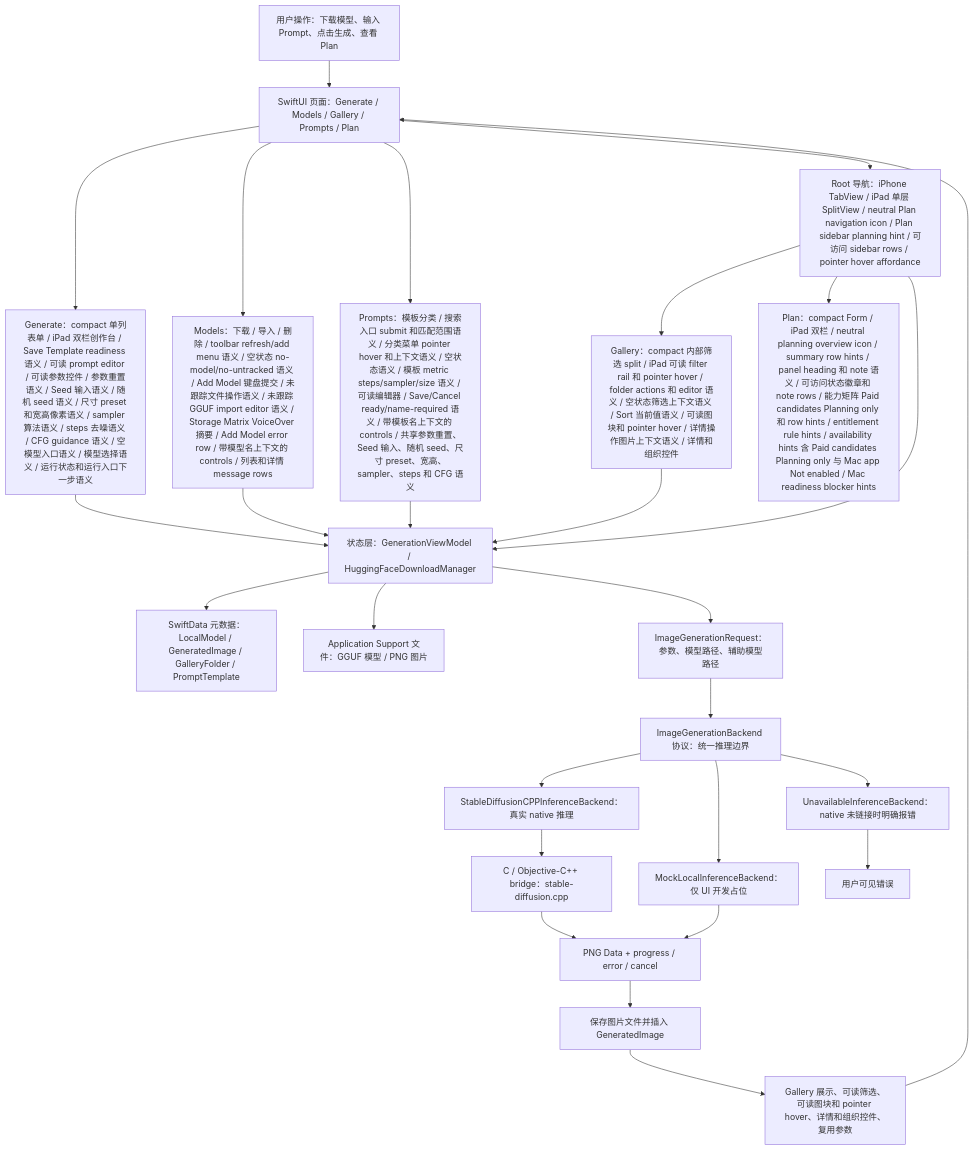
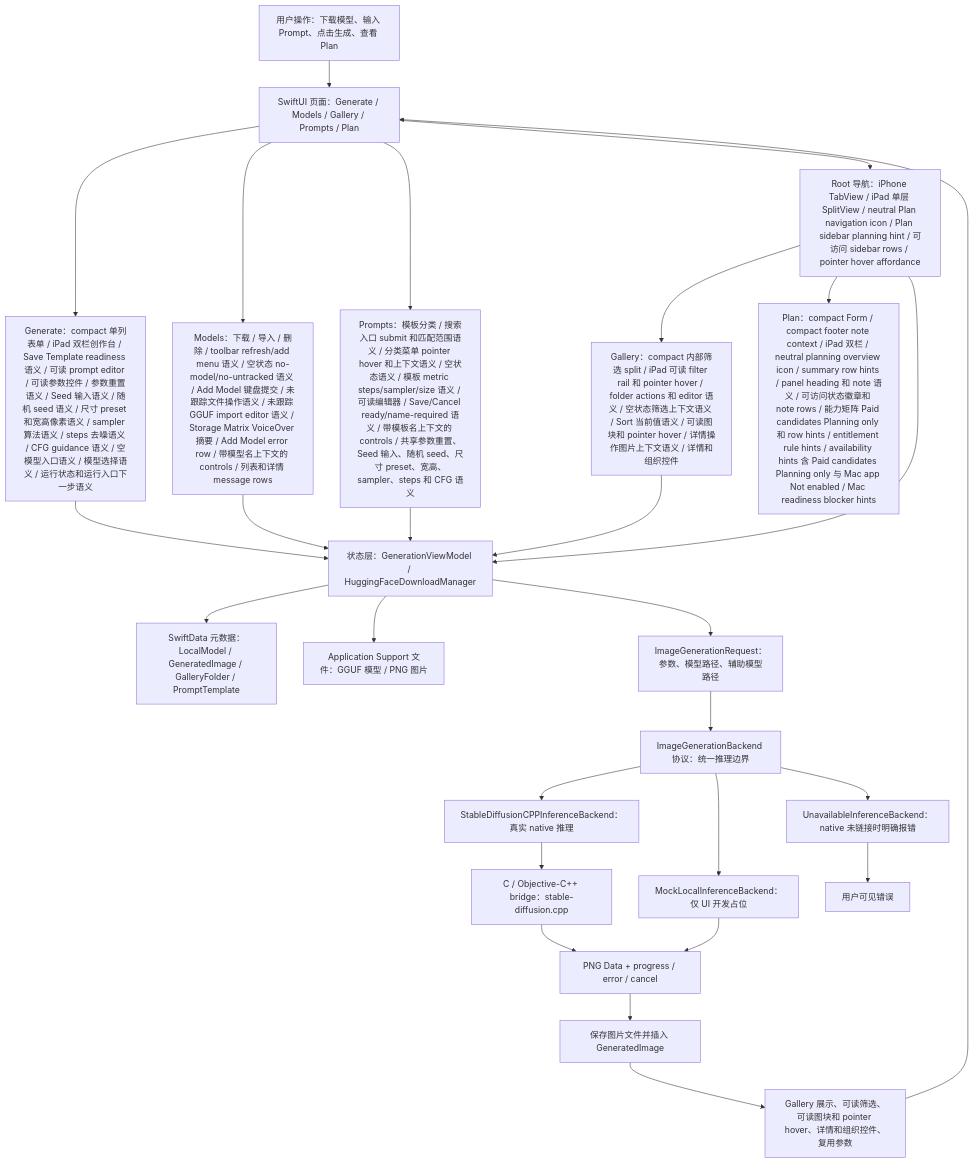
Before and after one commit to Altman-sam114/118: the first of 7 diagrams in md/flow/flowchart.md, drawn with Mermaid. The commit also changed 5 other files, not shown here.

First line of the commit message:
v1.72: Plan compact footer semantics

````diff
--- a/md/flow/flowchart.md
+++ b/md/flow/flowchart.md
@@ -9,29 +9,29 @@
 ```mermaid
 flowchart TD
   U["用户操作：下载模型、输入 Prompt、点击生成、查看 Plan"] --> UI["SwiftUI 页面：Generate / Models / Gallery / Prompts / Plan"]
   UI --> GENUI["Generate：compact 单列表单 / iPad 双栏创作台 / Save Template readiness 语义 / 可读 prompt editor / 可读参数控件 / 参数重置语义 / Seed 输入语义 / 随机 seed 语义 / 尺寸 preset 和宽高像素语义 / sampler 算法语义 / steps 去噪语义 / CFG guidance 语义 / 空模型入口语义 / 模型选择语义 / 运行状态和运行入口下一步语义"]
   UI --> MODELUI["Models：下载 / 导入 / 删除 / toolbar refresh/add menu 语义 / 空状态 no-model/no-untracked 语义 / Add Model 键盘提交 / 未跟踪文件操作语义 / 未跟踪 GGUF import editor 语义 / Storage Matrix VoiceOver 摘要 / Add Model error row / 带模型名上下文的 controls / 列表和详情 message rows"]
   UI --> PROMPTUI["Prompts：模板分类 / 搜索入口 submit 和匹配范围语义 / 分类菜单 pointer hover 和上下文语义 / 空状态语义 / 模板 metric steps/sampler/size 语义 / 可读编辑器 / Save/Cancel ready/name-required 语义 / 带模板名上下文的 controls / 共享参数重置、Seed 输入、随机 seed、尺寸 preset、宽高、sampler、steps 和 CFG 语义"]
   UI --> NAV["Root 导航：iPhone TabView / iPad 单层 SplitView / neutral Plan navigation icon / Plan sidebar planning hint / 可访问 sidebar rows / pointer hover affordance"]
   NAV --> GALUI["Gallery：compact 内部筛选 split / iPad 可读 filter rail 和 pointer hover / folder actions 和 editor 语义 / 空状态筛选上下文语义 / Sort 当前值语义 / 可读图块和 pointer hover / 详情操作图片上下文语义 / 详情和组织控件"]
-  NAV --> PLANUI["Plan：compact Form / iPad 双栏 / neutral planning overview icon / summary row hints / panel heading 和 note 语义 / 可访问状态徽章和 note rows / 能力矩阵 Paid candidates Planning only 和 row hints / entitlement rule hints / availability hints 含 Paid candidates Planning only 与 Mac app Not enabled / Mac readiness blocker hints"]
+  NAV --> PLANUI["Plan：compact Form / compact footer note context / iPad 双栏 / neutral planning overview icon / summary row hints / panel heading 和 note 语义 / 可访问状态徽章和 note rows / 能力矩阵 Paid candidates Planning only 和 row hints / entitlement rule hints / availability hints 含 Paid candidates Planning only 与 Mac app Not enabled / Mac readiness blocker hints"]
   NAV --> VM["状态层：GenerationViewModel / HuggingFaceDownloadManager"]
   GENUI --> VM
   MODELUI --> VM
   PROMPTUI --> VM
   GALUI --> VM
   VM --> SD["SwiftData 元数据：LocalModel / GeneratedImage / GalleryFolder / PromptTemplate"]
   VM --> FS["Application Support 文件：GGUF 模型 / PNG 图片"]
   VM --> REQ["ImageGenerationRequest：参数、模型路径、辅助模型路径"]
   REQ --> IFACE["ImageGenerationBackend 协议：统一推理边界"]
   IFACE --> NATIVE["StableDiffusionCPPInferenceBackend：真实 native 推理"]
   IFACE --> MOCK["MockLocalInferenceBackend：仅 UI 开发占位"]
   IFACE --> OFF["UnavailableInferenceBackend：native 未链接时明确报错"]
   NATIVE --> BRIDGE["C / Objective-C++ bridge：stable-diffusion.cpp"]
   BRIDGE --> PNG["PNG Data + progress / error / cancel"]
   MOCK --> PNG
   OFF --> ERR["用户可见错误"]
   PNG --> SAVE["保存图片文件并插入 GeneratedImage"]
   SAVE --> GALLERY["Gallery 展示、可读筛选、可读图块和 pointer hover、详情和组织控件、复用参数"]
   GALLERY --> UI
 ```
````
